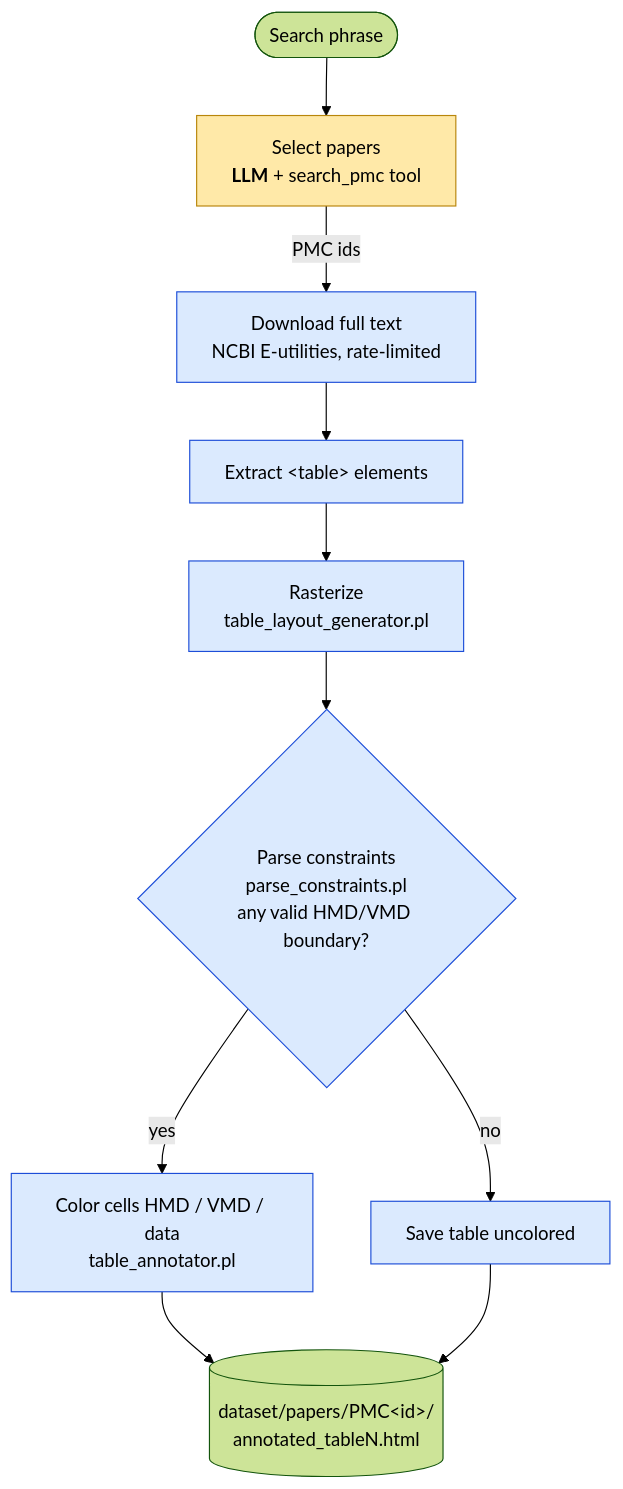
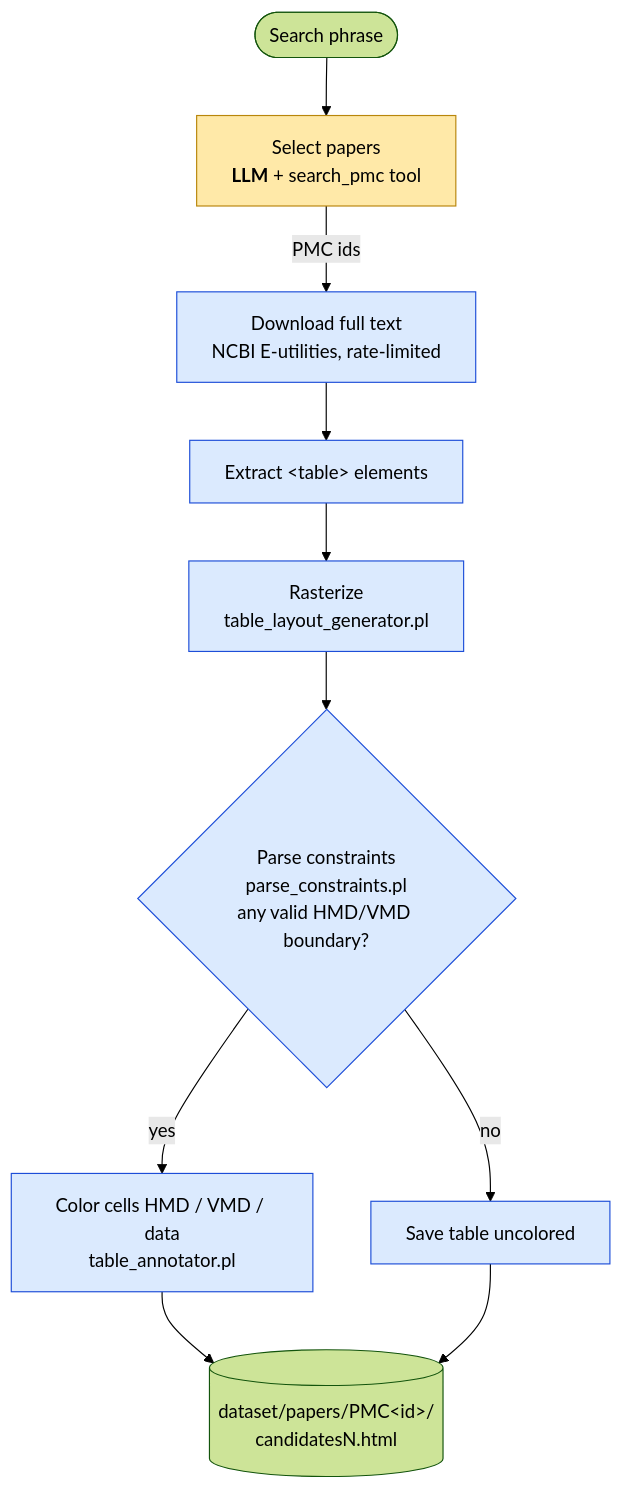
One commit to lzavalia/Logic-Based-Table-Parser changed the diagram in dataset-builder-agent/summary.md. Above: the diagram before and after it, drawn with Mermaid (forest theme). The commit also changed other lines of this file and 17 other files, not shown here.

````diff
--- a/dataset-builder-agent/summary.md
+++ b/dataset-builder-agent/summary.md
@@ -20,17 +20,17 @@
 ```mermaid
 flowchart TD
     A([Search phrase]) --> B["Select papers<br/><b>LLM</b> + search_pmc tool"]
     B -->|PMC ids| C["Download full text<br/>NCBI E-utilities, rate-limited"]
     C --> D["Extract &lt;table&gt; elements"]
     D --> E["Rasterize<br/>table_layout_generator.pl"]
     E --> F{"Parse constraints<br/>parse_constraints.pl<br/>any valid HMD/VMD boundary?"}
     F -->|yes| G["Color cells HMD / VMD / data<br/>table_annotator.pl"]
     F -->|no| H["Save table uncolored"]
-    G --> I[("dataset/papers/PMC&lt;id&gt;/<br/>annotated_tableN.html")]
+    G --> I[("dataset/papers/PMC&lt;id&gt;/<br/>candidatesN.html")]
     H --> I
 
     classDef llm fill:#ffe9a8,stroke:#b8860b,color:#000
     classDef logic fill:#dbeafe,stroke:#1d4ed8,color:#000
     class B llm
     class C,D,E,F,G,H logic
 ```
````
